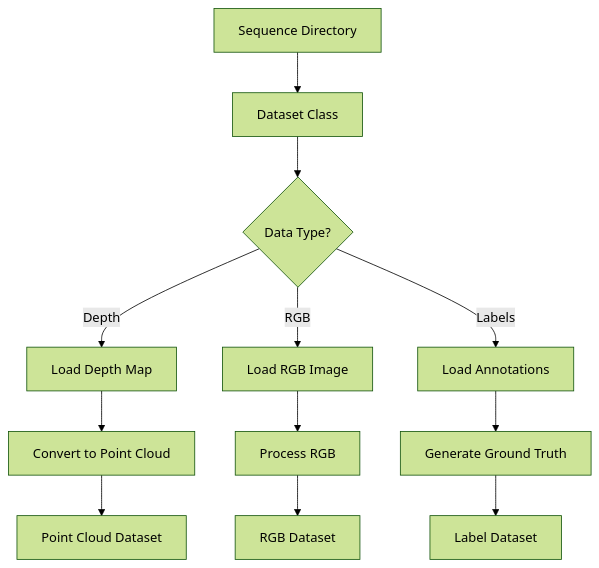
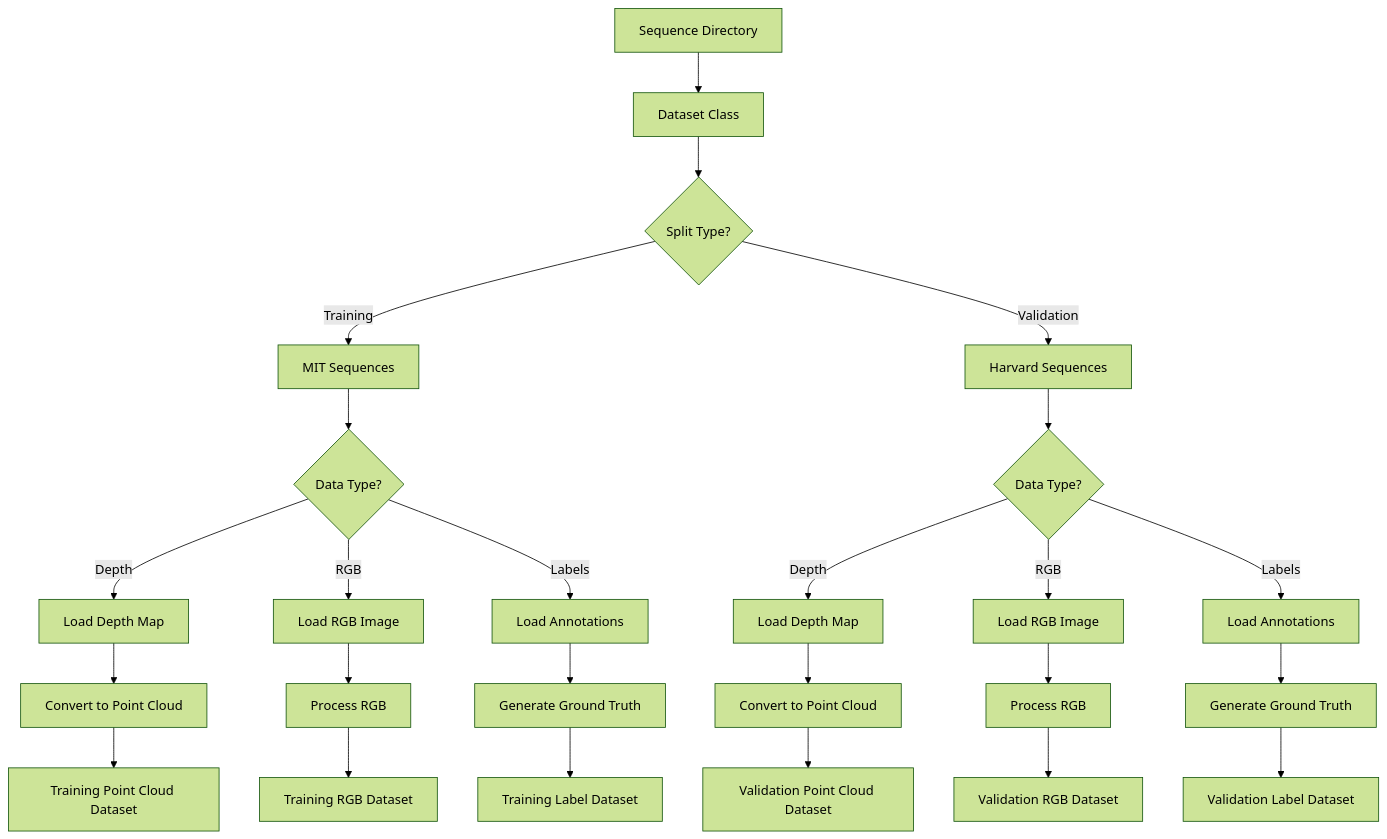
Before and after one commit to KaleLjl/Coursework-2-COMP0248: the diagram in memory-bank/techContext.md, drawn with Mermaid (forest theme). The commit also changed other lines of this file and 5 other files, not shown here.

Commit message:
update the memory bank to focus on change the data load logic now, we should have MIT sequences dataset to train, the Harvard sequences to validation

````diff
--- a/memory-bank/techContext.md
+++ b/memory-bank/techContext.md
@@ -122,14 +129,34 @@
 ```mermaid
 graph TD
     A[Sequence Directory] --> B[Dataset Class]
-    B --> C{Data Type?}
-    C -->|Depth| D[Load Depth Map]
-    C -->|RGB| E[Load RGB Image]
-    C -->|Labels| F[Load Annotations]
-    D --> G[Convert to Point Cloud]
-    E --> H[Process RGB]
-    F --> I[Generate Ground Truth]
-    G --> J[Point Cloud Dataset]
-    H --> K[RGB Dataset]
-    I --> L[Label Dataset]
+    B --> C{Split Type?}
+    
+    C -->|Training| D[MIT Sequences]
+    C -->|Validation| E[Harvard Sequences]
+    
+    D --> F{Data Type?}
+    F -->|Depth| G[Load Depth Map]
+    F -->|RGB| H[Load RGB Image]
+    F -->|Labels| I[Load Annotations]
+    
+    E --> J{Data Type?}
+    J -->|Depth| K[Load Depth Map]
+    J -->|RGB| L[Load RGB Image]
+    J -->|Labels| M[Load Annotations]
+    
+    G --> N[Convert to Point Cloud]
+    H --> O[Process RGB]
+    I --> P[Generate Ground Truth]
+    
+    K --> Q[Convert to Point Cloud]
+    L --> R[Process RGB]
+    M --> S[Generate Ground Truth]
+    
+    N --> T[Training Point Cloud Dataset]
+    O --> U[Training RGB Dataset]
+    P --> V[Training Label Dataset]
+    
+    Q --> W[Validation Point Cloud Dataset]
+    R --> X[Validation RGB Dataset]
+    S --> Y[Validation Label Dataset]
 ```
````
